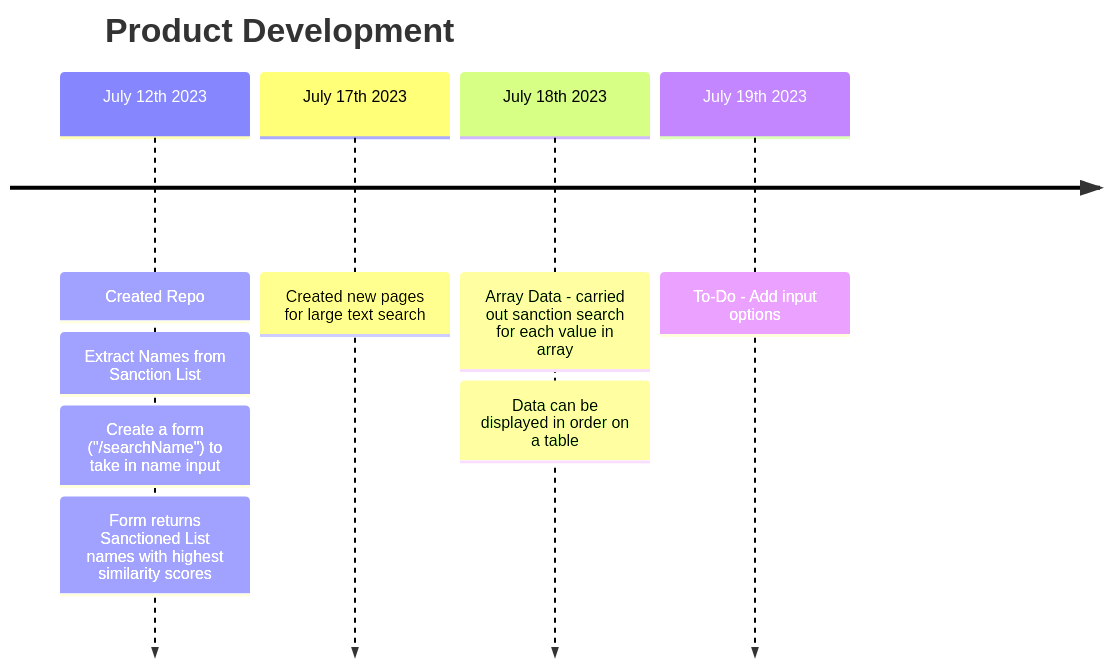
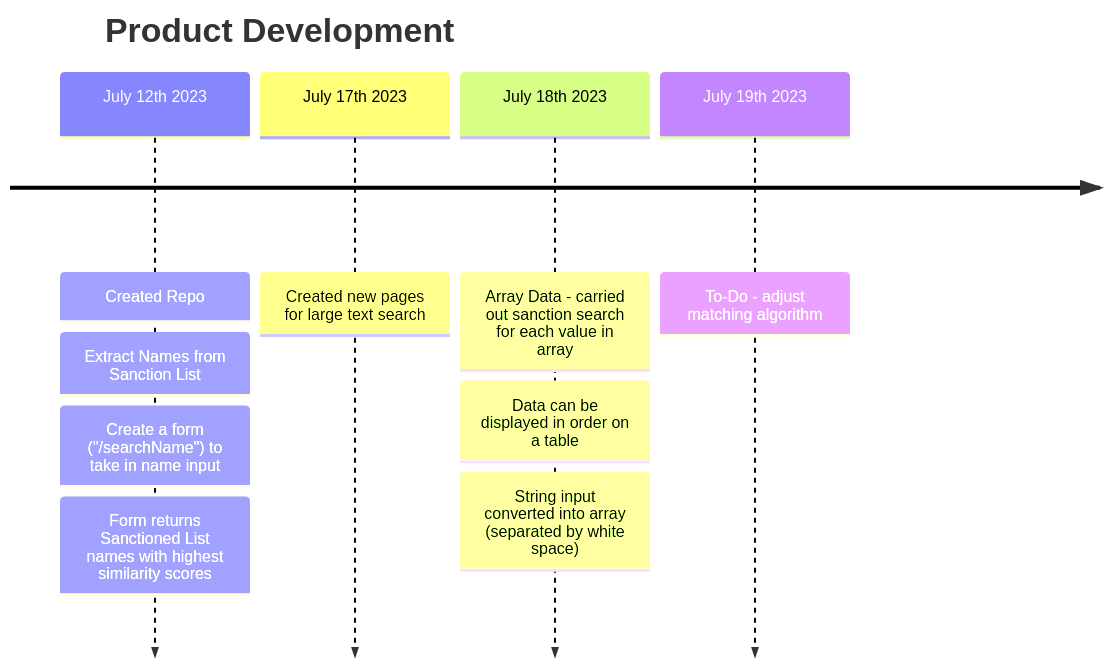
One commit to james-csy/sanctionlistchecker changed the diagram in README.md. Above: the diagram before and after it, drawn with Mermaid.

````diff
--- a/README.md
+++ b/README.md
@@ -6,8 +6,8 @@
 ```mermaid
 timeline
     title Product Development
     July 12th 2023: Created Repo: Extract Names from Sanction List: Create a form ("/searchName") to take in name input: Form returns Sanctioned List names with highest similarity scores
     July 17th 2023: Created new pages for large text search
-    July 18th 2023: Array Data - carried out sanction search for each value in array: Data can be displayed in order on a table
-    July 19th 2023: To-Do - Add input options
+    July 18th 2023: Array Data - carried out sanction search for each value in array: Data can be displayed in order on a table: String input converted into array (separated by white space)
+    July 19th 2023: To-Do - adjust matching algorithm
 ```
````
